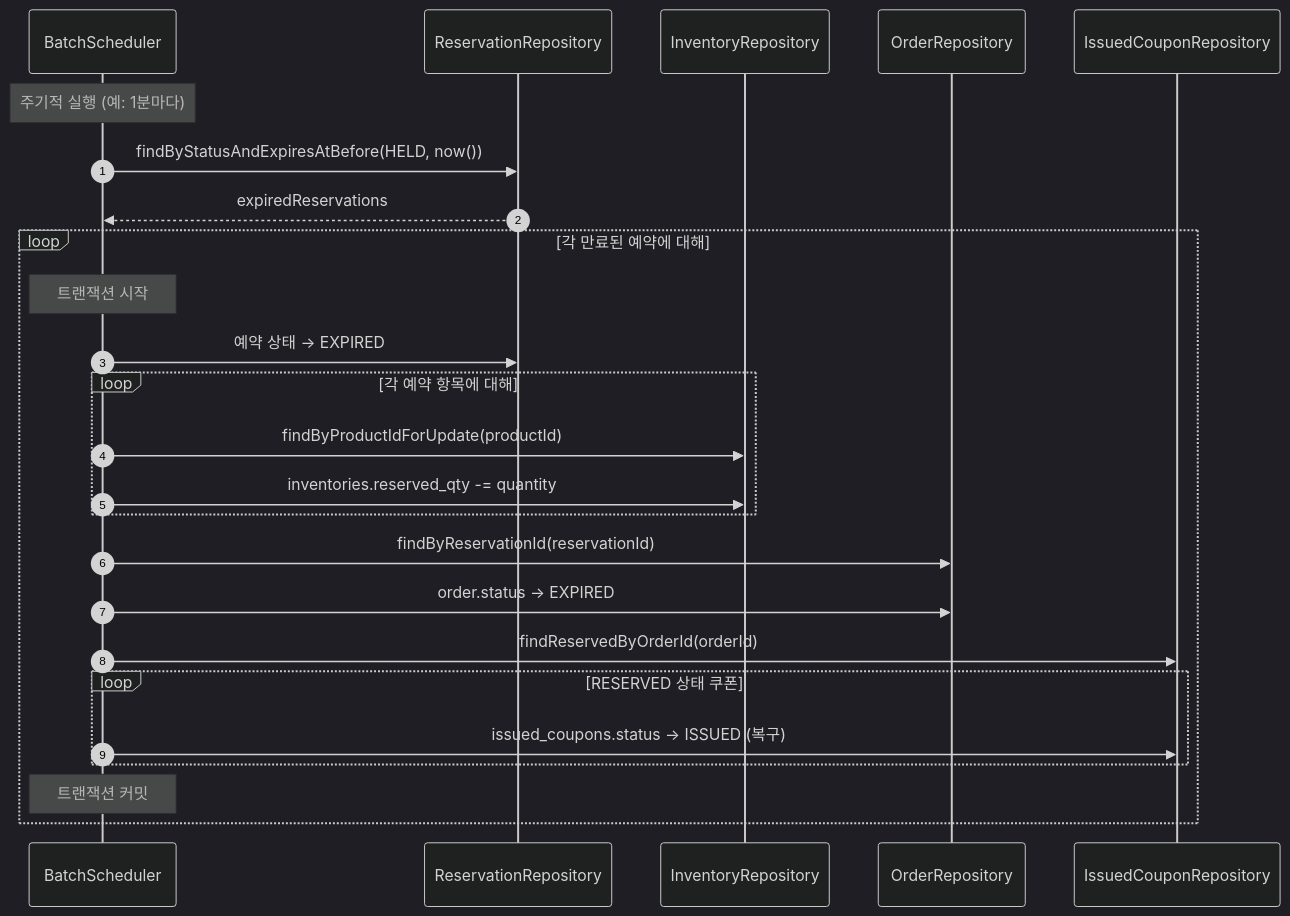
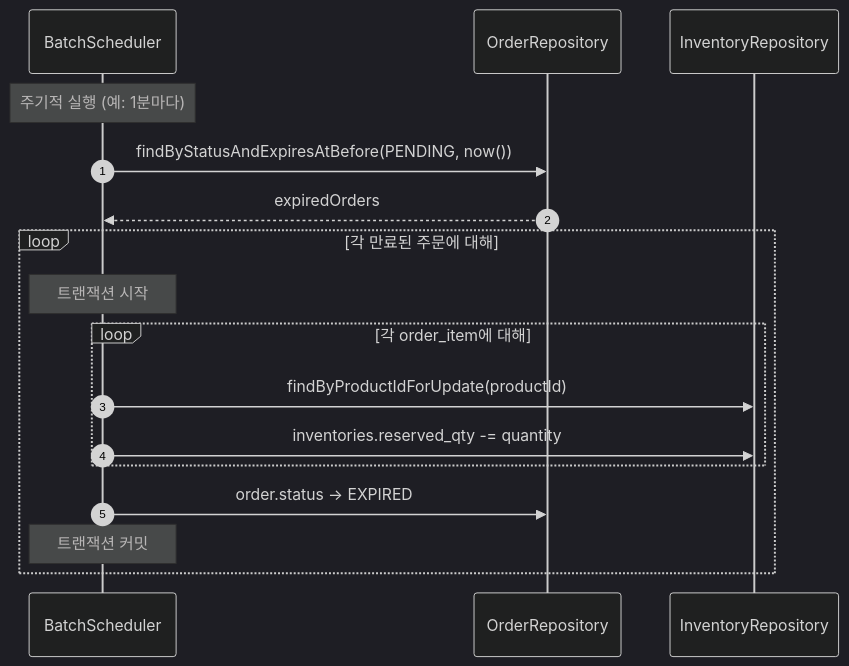
One commit to Loopers-dev-lab/loop-pack-be-l2-vol3-java changed the third of 9 diagrams in .docs/design/02-sequence-diagrams.md. Above: the diagram before and after it, drawn with Mermaid (dark theme). The commit also changed other lines of this file and 4 other files, not shown here.

Commit message:
docs: 핵심 도메인 설계 문서 작성 (요구사항, 시퀀스, 클래스, ERD)

````diff
--- a/.docs/design/02-sequence-diagrams.md
+++ b/.docs/design/02-sequence-diagrams.md
@@ -200,34 +195,24 @@
 ```mermaid
 sequenceDiagram
   autonumber
   participant Batch as BatchScheduler
-  participant ResvRepo as ReservationRepository
+  participant OrderRepo as OrderRepository
   participant InvRepo as InventoryRepository
-  participant OrderRepo as OrderRepository
-  participant CouponRepo as IssuedCouponRepository
 
   Note over Batch: 주기적 실행 (예: 1분마다)
-  Batch->>ResvRepo: findByStatusAndExpiresAtBefore(HELD, now())
-  ResvRepo-->>Batch: expiredReservations
+  Batch->>OrderRepo: findByStatusAndExpiresAtBefore(PENDING, now())
+  OrderRepo-->>Batch: expiredOrders
 
-  loop 각 만료된 예약에 대해
+  loop 각 만료된 주문에 대해
     Note over Batch: 트랜잭션 시작
 
-    Batch->>ResvRepo: 예약 상태 → EXPIRED
-
-    loop 각 예약 항목에 대해
+    loop 각 order_item에 대해
       Batch->>InvRepo: findByProductIdForUpdate(productId)
       Batch->>InvRepo: inventories.reserved_qty -= quantity
     end
 
-    Batch->>OrderRepo: findByReservationId(reservationId)
     Batch->>OrderRepo: order.status → EXPIRED
-
-    Batch->>CouponRepo: findReservedByOrderId(orderId)
-    loop RESERVED 상태 쿠폰
-      Batch->>CouponRepo: issued_coupons.status → ISSUED (복구)
-    end
 
     Note over Batch: 트랜잭션 커밋
   end
 ```
````
